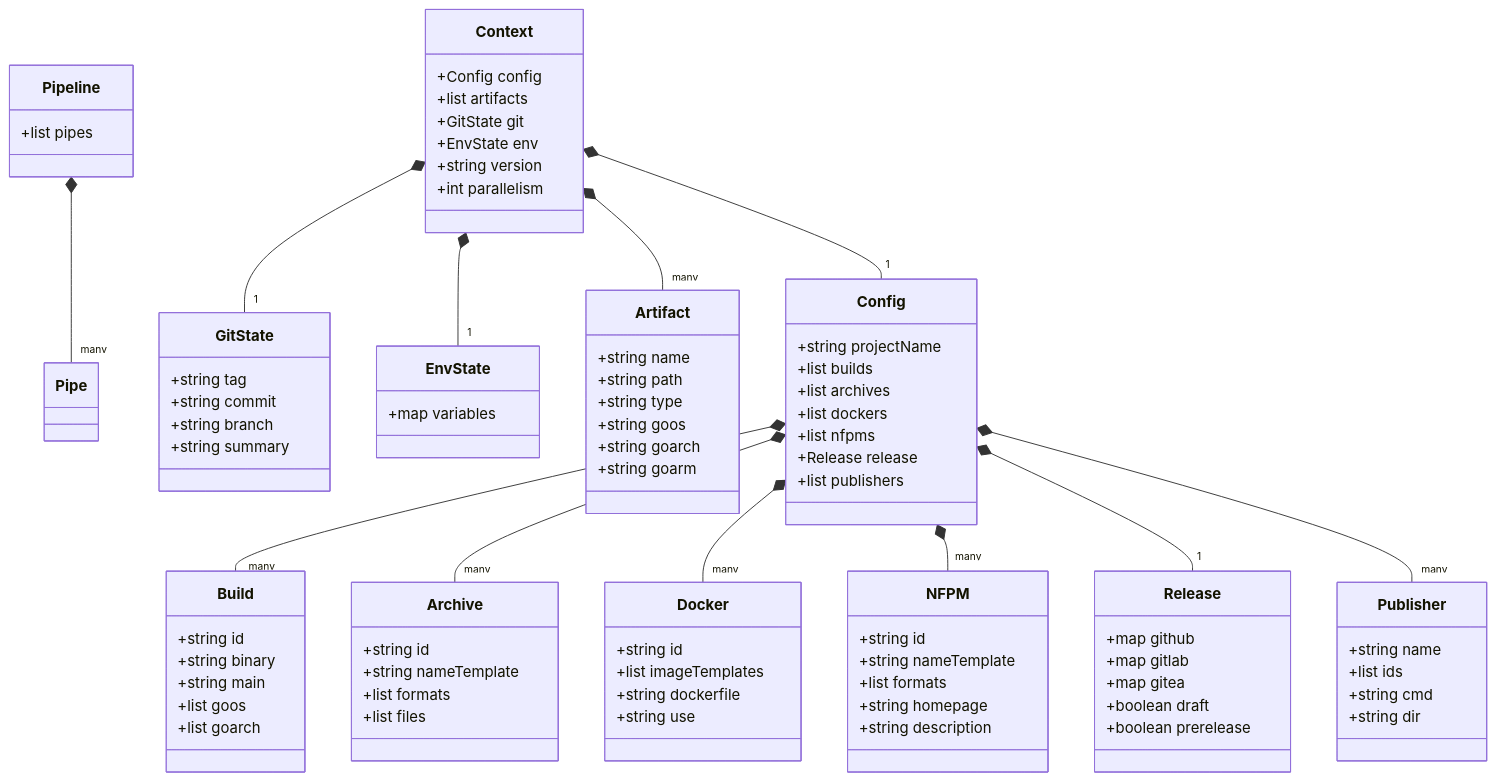
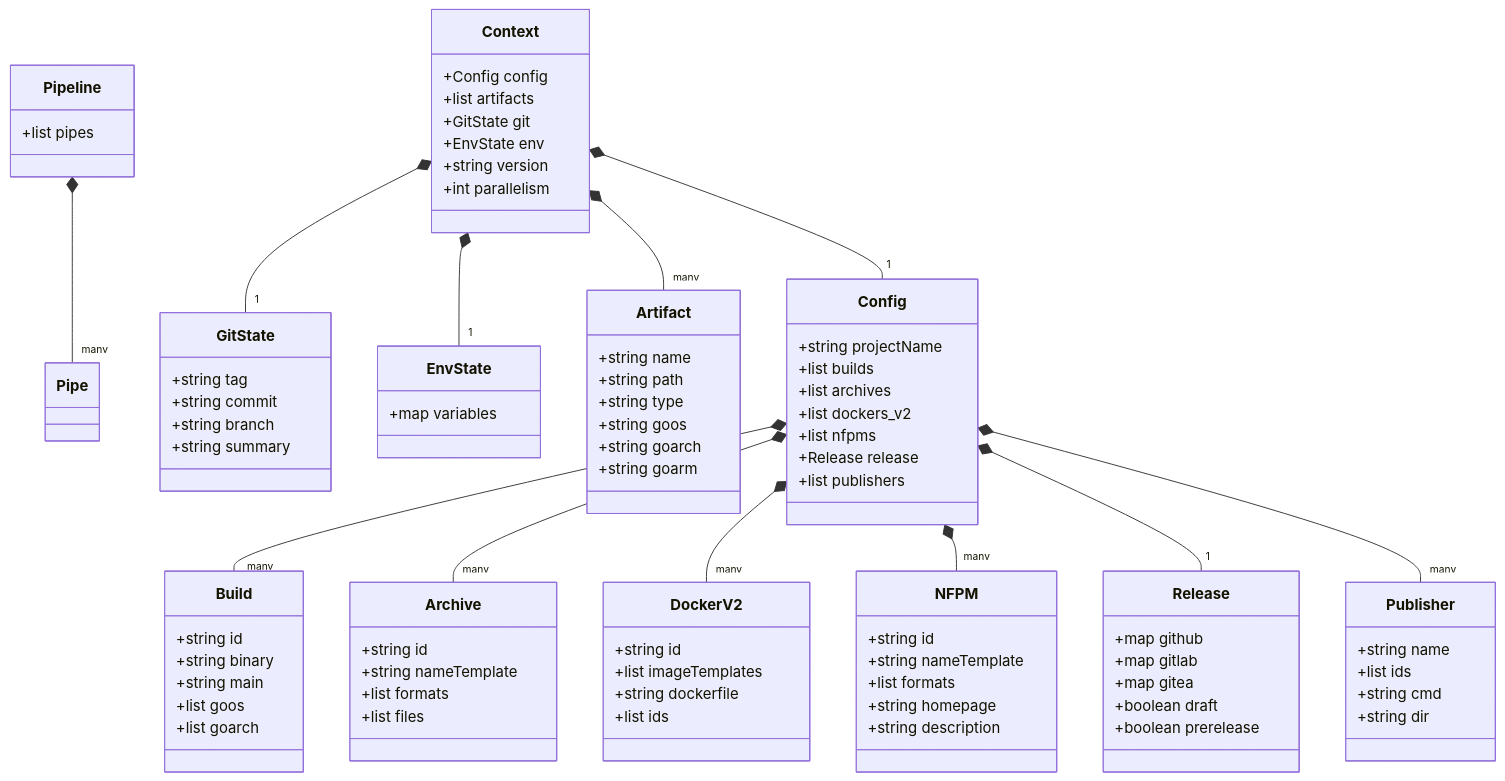
One commit to suwa-sh/zenn-contents changed the seventh of 9 diagrams in articles/goreleaser_20260708.md. Above: the diagram before and after it, drawn with Mermaid. The commit also changed other lines of this file, not shown here.

```diff
--- a/articles/goreleaser_20260708.md
+++ b/articles/goreleaser_20260708.md
@@ -350,7 +356,7 @@
         +string projectName
         +list builds
         +list archives
-        +list dockers
+        +list dockers_v2
         +list nfpms
         +Release release
         +list publishers
@@ -371,11 +377,11 @@
         +list files
     }
     
-    class Docker {
+    class DockerV2 {
         +string id
         +list imageTemplates
         +string dockerfile
-        +string use
+        +list ids
     }
     
     class NFPM {
@@ -408,7 +414,7 @@
     Context *-- "many" Artifact
     Config *-- "many" Build
     Config *-- "many" Archive
-    Config *-- "many" Docker
+    Config *-- "many" DockerV2
     Config *-- "many" NFPM
     Config *-- "1" Release
     Config *-- "many" Publisher
```
